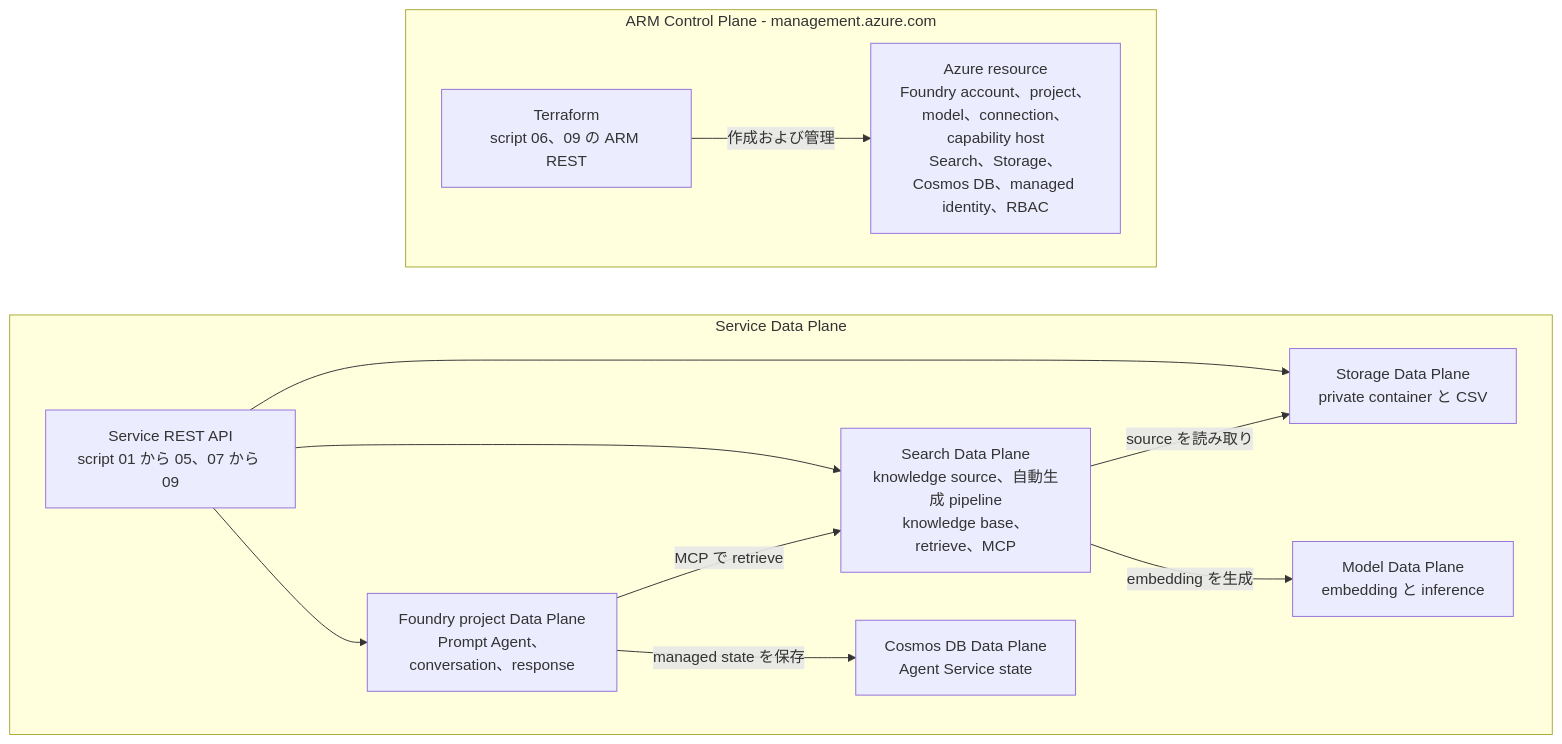
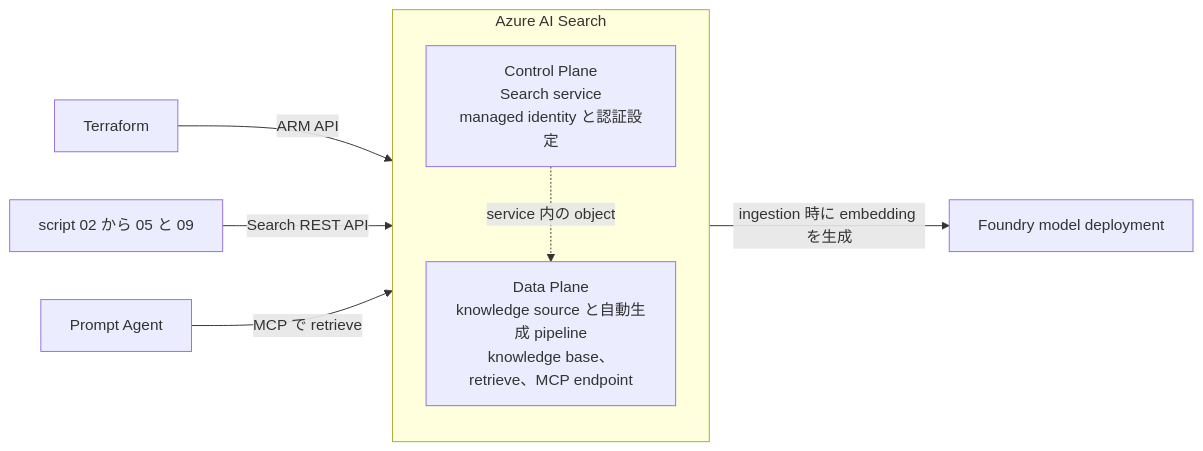
The third of 6 diagrams in infra/scenarios/azure_microsoft_foundry/README.ja.md (ks6088ts/template-terraform), drawn with Mermaid before and after one commit. The commit also changed other lines of this file and 1 other file, not shown here.

Commit message:
Enhance README: expand definitions for Microsoft Foundry concepts, clarify setup types, and improve resource connection explanations

````diff
--- a/infra/scenarios/azure_microsoft_foundry/README.ja.md
+++ b/infra/scenarios/azure_microsoft_foundry/README.ja.md
@@ -76,29 +208,14 @@
 ```mermaid
-flowchart TB
-        subgraph ControlPlane["ARM Control Plane - management.azure.com"]
-        direction LR
-                ControlClients["Terraform<br/>script 06、09 の ARM REST"]
-                ArmObjects["Azure resource<br/>Foundry account、project、model、connection、capability host<br/>Search、Storage、Cosmos DB、managed identity、RBAC"]
-                ControlClients -->|"作成および管理"| ArmObjects
+flowchart LR
+    subgraph Search["Azure AI Search"]
+        direction TB
+        SearchArm["Control Plane<br/>Search service<br/>managed identity と認証設定"]
+        SearchData["Data Plane<br/>knowledge source と自動生成 pipeline<br/>knowledge base、retrieve、MCP endpoint"]
+        SearchArm -.->|"service 内の object"| SearchData
     end
 
-        subgraph DataPlanes["Service Data Plane"]
-        direction LR
-                DataClients["Service REST API<br/>script 01 から 05、07 から 09"]
-                StorageData["Storage Data Plane<br/>private container と CSV"]
-                SearchData["Search Data Plane<br/>knowledge source、自動生成 pipeline<br/>knowledge base、retrieve、MCP"]
-                FoundryData["Foundry project Data Plane<br/>Prompt Agent、conversation、response"]
-                ModelData["Model Data Plane<br/>embedding と inference"]
-                CosmosData["Cosmos DB Data Plane<br/>Agent Service state"]
-                DataClients --> StorageData
-                DataClients --> SearchData
-                DataClients --> FoundryData
-                FoundryData -->|"MCP で retrieve"| SearchData
-                FoundryData -->|"managed state を保存"| CosmosData
-                SearchData -->|"source を読み取り"| StorageData
-                SearchData -->|"embedding を生成"| ModelData
-    end
-
-        %% API call を意味せず、management を runtime より上に固定します。
-        ArmObjects ~~~ DataClients
+    Terraform["Terraform"] -->|"ARM API"| SearchArm
+    SearchScripts["script 02 から 05 と 09"] -->|"Search REST API"| SearchData
+    PromptAgent["Prompt Agent"] -->|"MCP で retrieve"| SearchData
+    SearchData -->|"ingestion 時に embedding を生成"| EmbeddingModel["Foundry model deployment"]
 ```
````
